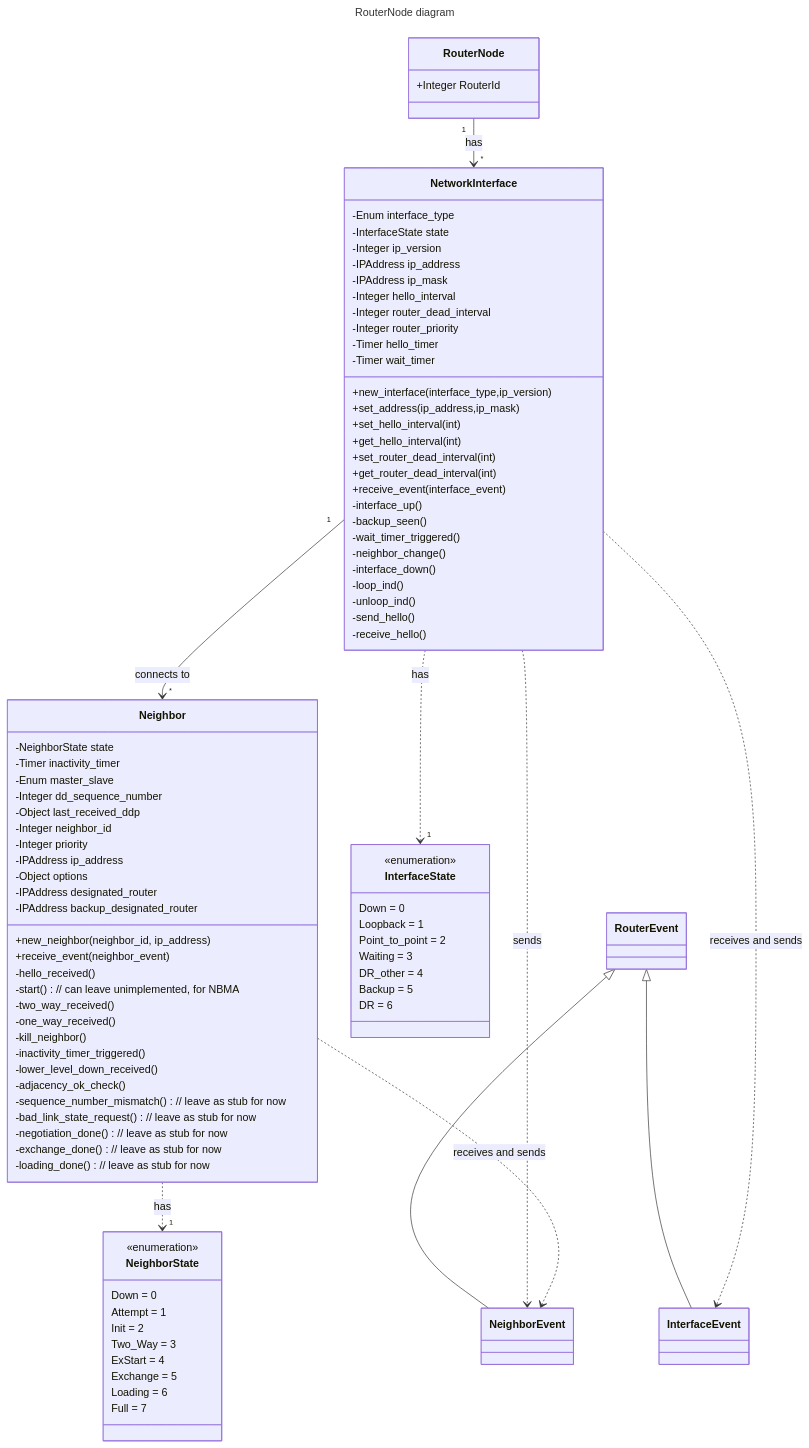
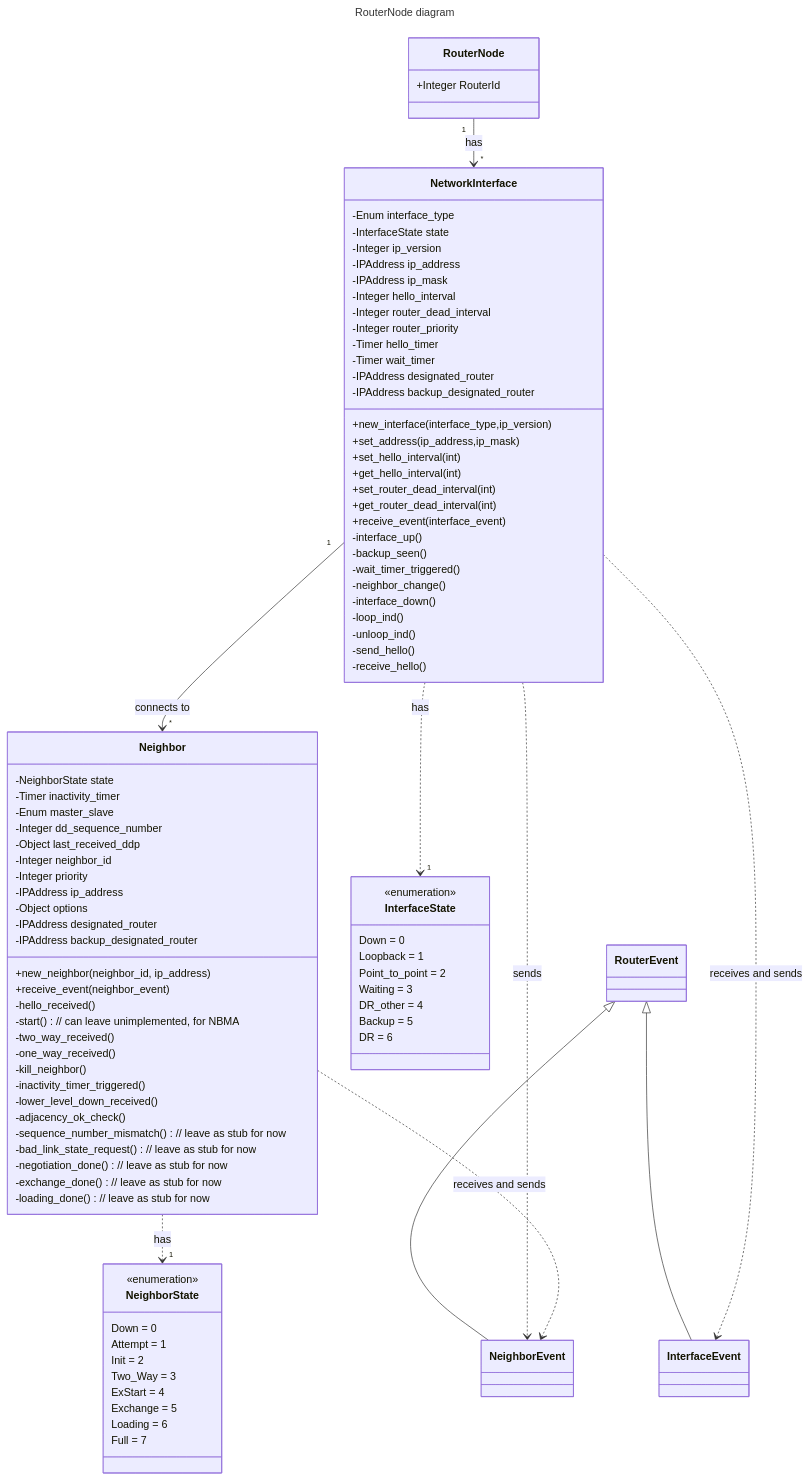
Before and after one commit to aniemela-cloud/uh-ds-g9-project: the diagram in Documentation/Graphs/ClassDiagram.md, drawn with Mermaid.

Commit message:
Update ClassDiagram.md
Added designated router and backup DR to the network interface class fields

```diff
--- a/Documentation/Graphs/ClassDiagram.md
+++ b/Documentation/Graphs/ClassDiagram.md
@@ -19,6 +19,8 @@
     -Integer router_priority
     -Timer hello_timer
     -Timer wait_timer
+    -IPAddress designated_router
+    -IPAddress backup_designated_router
     +new_interface(interface_type,ip_version)
     +set_address(ip_address,ip_mask)
     +set_hello_interval(int)
```
